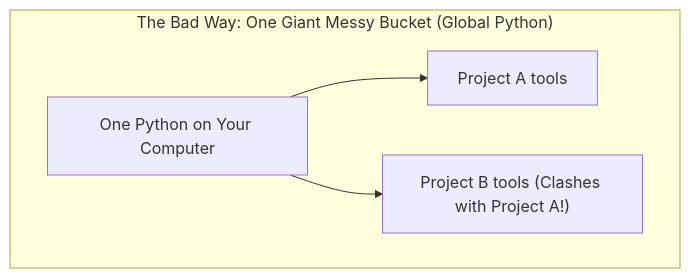
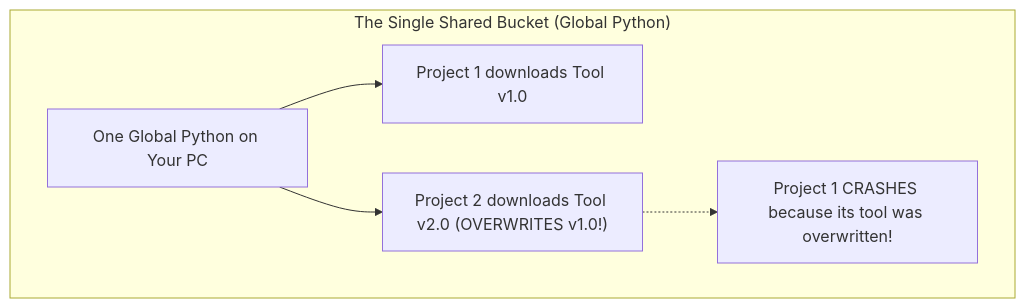
One commit to NavamGupta95/Python-Parthenon changed the third of 4 diagrams in 01_runtime_and_environments/2026-10-11_docs_execution_mechanics_and_environments.md. Above: the diagram before and after it, drawn with Mermaid. The commit also changed other lines of this file and 2 other files, not shown here.

````diff
--- a/01_runtime_and_environments/2026-10-11_docs_execution_mechanics_and_environments.md
+++ b/01_runtime_and_environments/2026-10-11_docs_execution_mechanics_and_environments.md
@@ -70,7 +199,8 @@
 ```mermaid
 flowchart TD
-    subgraph The_Bad_Way["The Bad Way: One Giant Messy Bucket (Global Python)"]
-        G["One Python on Your Computer"] --> T1["Project A tools"]
-        G --> T2["Project B tools (Clashes with Project A!)"]
+    subgraph The_Chaos["The Single Shared Bucket (Global Python)"]
+        GlobalPy["One Global Python on Your PC"] --> ToolA["Project 1 downloads Tool v1.0"]
+        GlobalPy --> ToolB["Project 2 downloads Tool v2.0 (OVERWRITES v1.0!)"]
+        ToolB -.-> Crash["Project 1 CRASHES because its tool was overwritten!"]
     end
 ```
````
